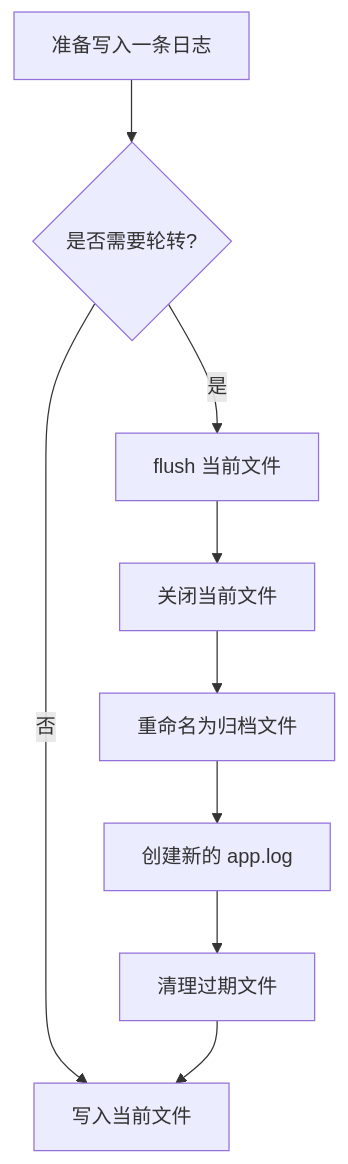
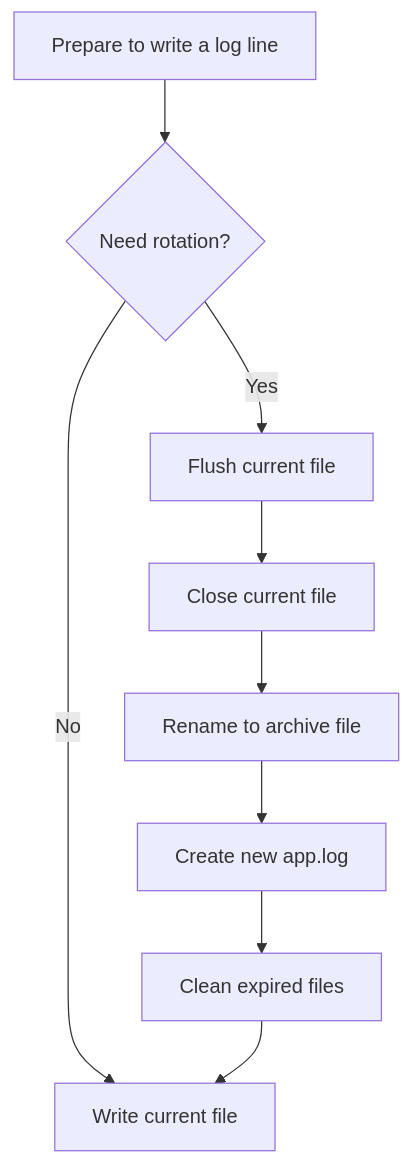
One commit to HuangX666/hx_clog changed the sixth of 12 diagrams in README.md. Above: the diagram before and after it, drawn with Mermaid. The commit also changed other lines of this file and 9 other files, not shown here.

````diff
--- a/README.md
+++ b/README.md
@@ -652,11 +655,11 @@
 ```mermaid
 flowchart TD
-    A["准备写入一条日志"] --> B{"是否需要轮转?"}
-    B -->|否| C["写入当前文件"]
-    B -->|是| D["flush 当前文件"]
-    D --> E["关闭当前文件"]
-    E --> F["重命名为归档文件"]
-    F --> G["创建新的 app.log"]
-    G --> H["清理过期文件"]
+    A["Prepare to write a log line"] --> B{"Need rotation?"}
+    B -->|No| C["Write current file"]
+    B -->|Yes| D["Flush current file"]
+    D --> E["Close current file"]
+    E --> F["Rename to archive file"]
+    F --> G["Create new app.log"]
+    G --> H["Clean expired files"]
     H --> C
 ```
````
